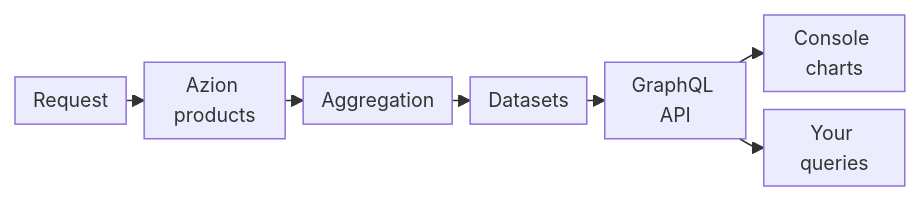
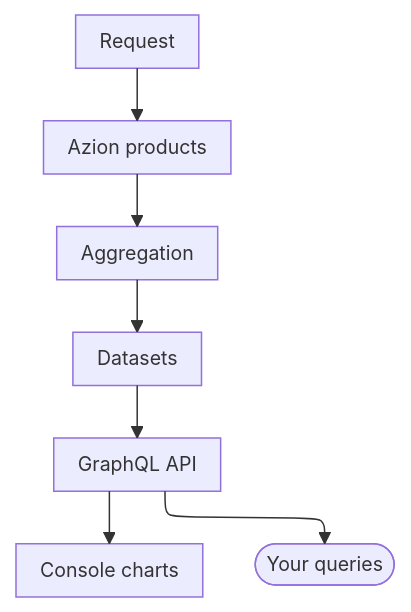
Before and after one commit to aziontech/docs: the diagram in apps/docs/src/content/docs/en/pages/main-menu/reference/observe/real-time-metrics/real-time-metrics.mdx, drawn with Mermaid. The commit also changed 179 other files, not shown here.

Commit message:
docs(diagrams): redraw every other diagram in the use-case diagram style (#2513)

````diff
--- a/apps/docs/src/content/docs/en/pages/main-menu/reference/observe/real-time-metrics/real-time-metrics.mdx
+++ b/apps/docs/src/content/docs/en/pages/main-menu/reference/observe/real-time-metrics/real-time-metrics.mdx
@@ -66,10 +66,10 @@
 ```mermaid
-%%{init: {"layout": "dagre", "themeVariables": {"fontSize": "13px"}, "flowchart": {"nodeSpacing": 12, "rankSpacing": 12, "padding": 6, "wrappingWidth": 70, "minNodeWidth": 40, "useMaxWidth": true}}}%%
-flowchart LR
+%%{init: {"layout": "elk", "themeVariables": {"fontSize": "13px"}, "flowchart": {"nodeSpacing": 24, "rankSpacing": 36, "padding": 8, "wrappingWidth": 150, "useMaxWidth": true}, "sequence": {"width": 120, "actorMargin": 30, "useMaxWidth": true}}}%%
+flowchart TD
   Req["Request"] --> P["Azion products"]
   P --> Agg["Aggregation"]
   Agg --> DS["Datasets"]
   DS --> API["GraphQL API"]
   API --> Con["Console charts"]
-  API --> Q["Your queries"]
+  API --> Q(["Your queries"])
 ```
````
